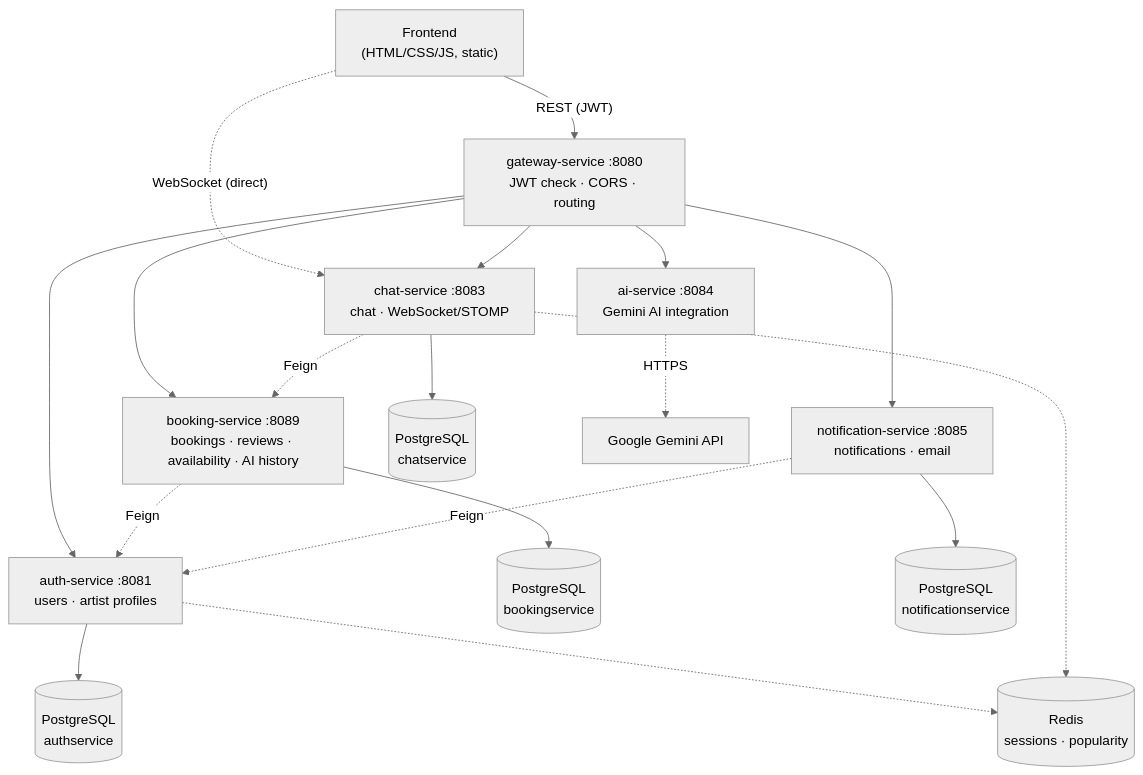
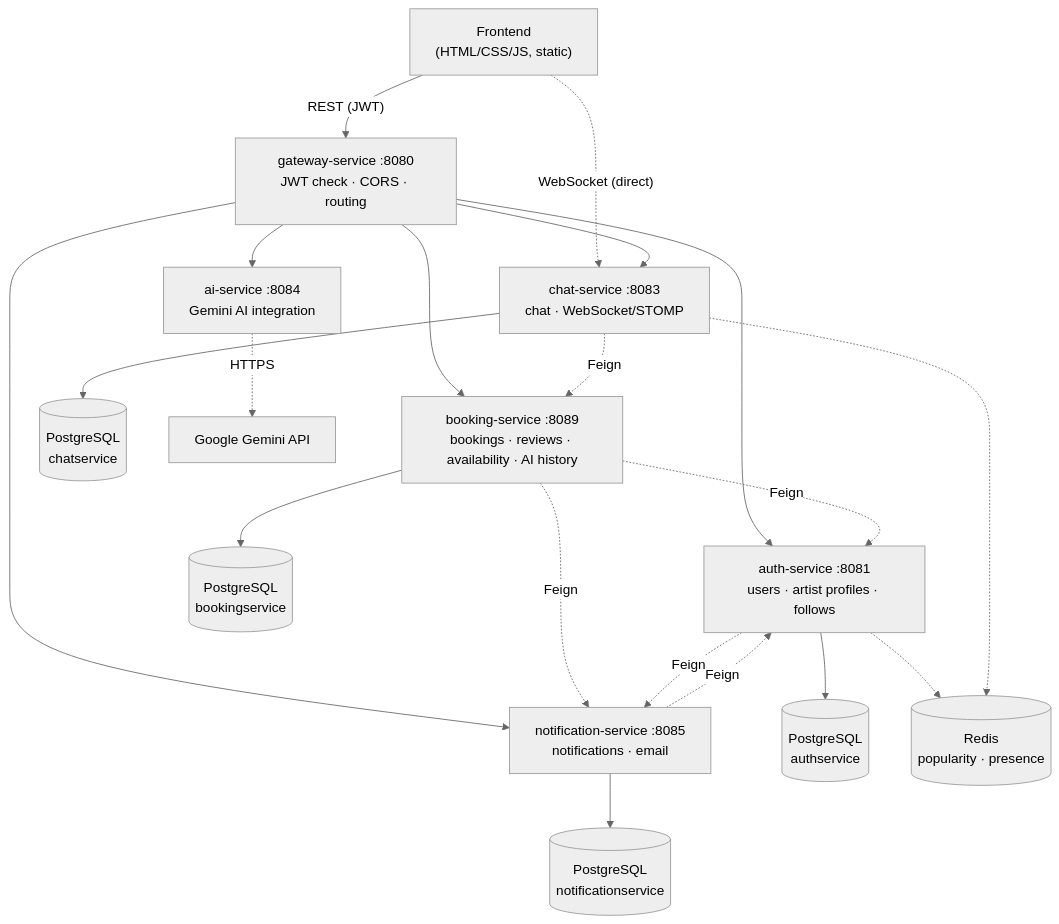
The diagram in README.md (Kanan-peoiks/Signum_Animae), drawn with Mermaid (neutral theme) before and after one commit. The commit also changed other lines of this file, not shown here.

````diff
--- a/README.md
+++ b/README.md
@@ -78,26 +104,28 @@
 ```mermaid
 flowchart TB
     FE["Frontend<br/>(HTML/CSS/JS, static)"]
 
     FE -- "REST (JWT)" --> GW["gateway-service :8080<br/>JWT check · CORS · routing"]
     FE -. "WebSocket (direct)" .-> CHAT
 
-    GW --> AUTH["auth-service :8081<br/>users · artist profiles"]
+    GW --> AUTH["auth-service :8081<br/>users · artist profiles · follows"]
     GW --> BOOK["booking-service :8089<br/>bookings · reviews · availability · AI history"]
     GW --> CHAT["chat-service :8083<br/>chat · WebSocket/STOMP"]
     GW --> AI["ai-service :8084<br/>Gemini AI integration"]
     GW --> NOTIF["notification-service :8085<br/>notifications · email"]
 
     AUTH --> PGA[("PostgreSQL<br/>authservice")]
     BOOK --> PGB[("PostgreSQL<br/>bookingservice")]
     CHAT --> PGC[("PostgreSQL<br/>chatservice")]
     NOTIF --> PGN[("PostgreSQL<br/>notificationservice")]
 
-    AUTH -.-> REDIS[("Redis<br/>sessions · popularity")]
+    AUTH -.-> REDIS[("Redis<br/>popularity · presence")]
     CHAT -.-> REDIS
 
     BOOK -. "Feign" .-> AUTH
+    BOOK -. "Feign" .-> NOTIF
+    AUTH -. "Feign" .-> NOTIF
     CHAT -. "Feign" .-> BOOK
     NOTIF -. "Feign" .-> AUTH
     AI -. "HTTPS" .-> GEMINI["Google Gemini API"]
 ```
````
